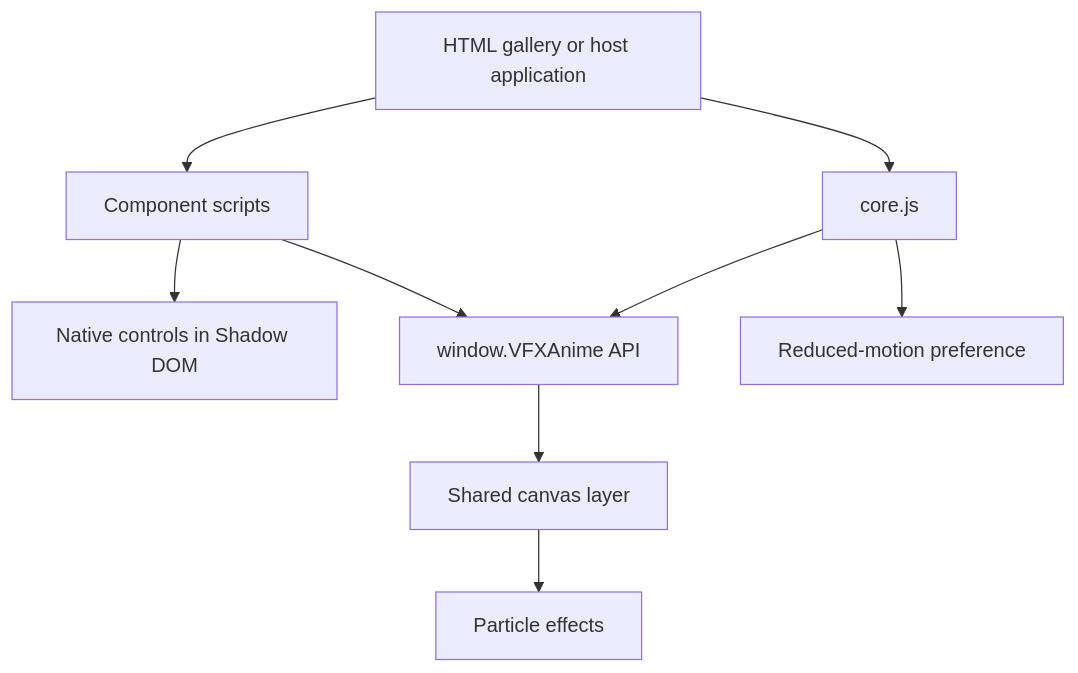
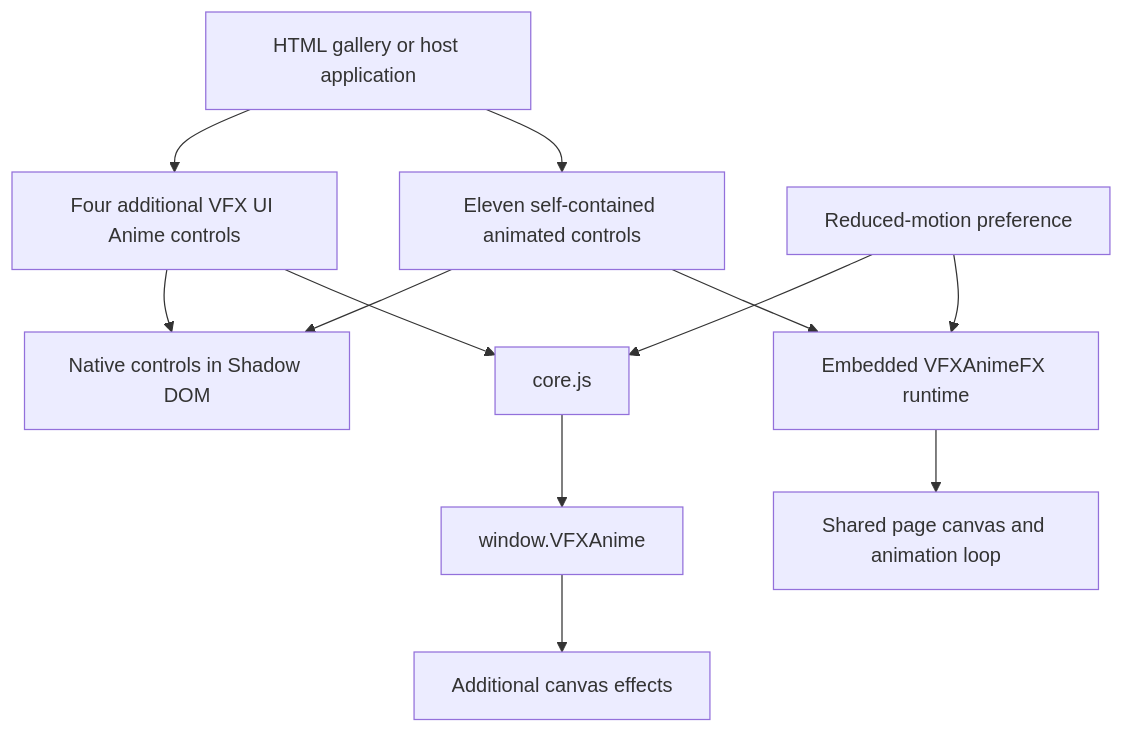
The diagram in docs/ARCHITECTURE.md (Brajesh31/vfx-ui-anime), drawn with Mermaid before and after one commit. The commit also changed other lines of this file, not shown here.

Commit message:
Align docs/ARCHITECTURE.md with restored component architecture and actual APIs

````diff
--- a/docs/ARCHITECTURE.md
+++ b/docs/ARCHITECTURE.md
@@ -7,11 +7,14 @@
 ```mermaid
 flowchart TD
-  A[HTML gallery or host application] --> B[core.js]
-  A --> C[Component scripts]
-  C --> D[Native controls in Shadow DOM]
-  C --> E[window.VFXAnime API]
-  B --> E
-  E --> F[Shared canvas layer]
-  F --> G[Particle effects]
-  B --> H[Reduced-motion preference]
+  A[HTML gallery or host application] --> B[Eleven self-contained animated controls]
+  A --> C[Four additional VFX UI Anime controls]
+  B --> D[Embedded VFXAnimeFX runtime]
+  D --> E[Shared page canvas and animation loop]
+  C --> F[core.js]
+  F --> G[window.VFXAnime]
+  G --> H[Additional canvas effects]
+  B --> I[Native controls in Shadow DOM]
+  C --> I
+  J[Reduced-motion preference] --> D
+  J --> F
 ```
````
